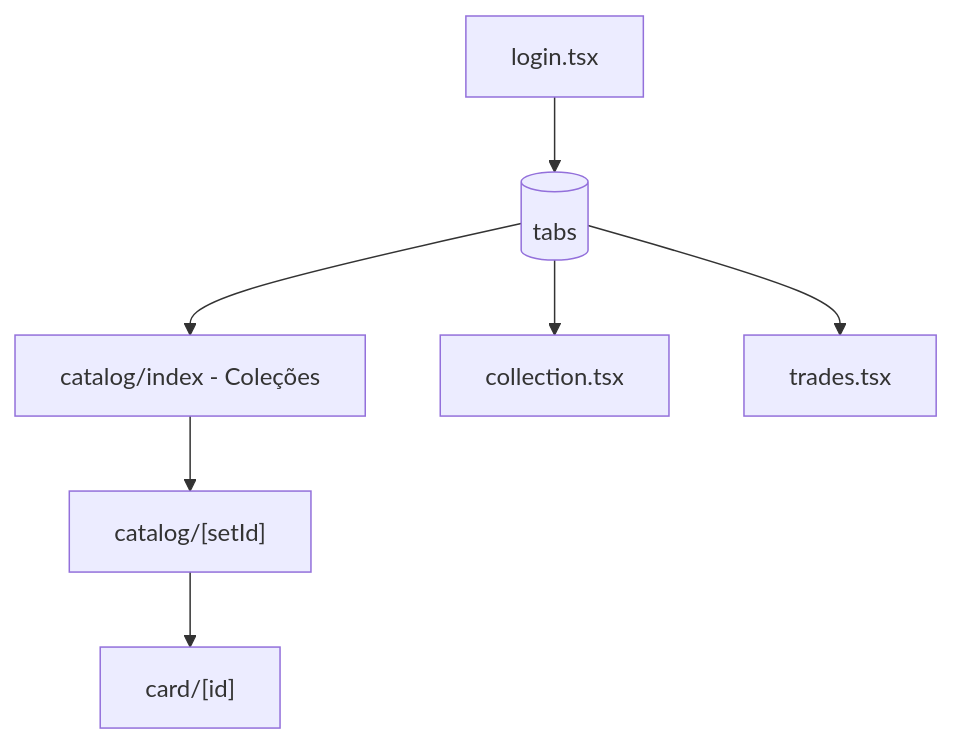
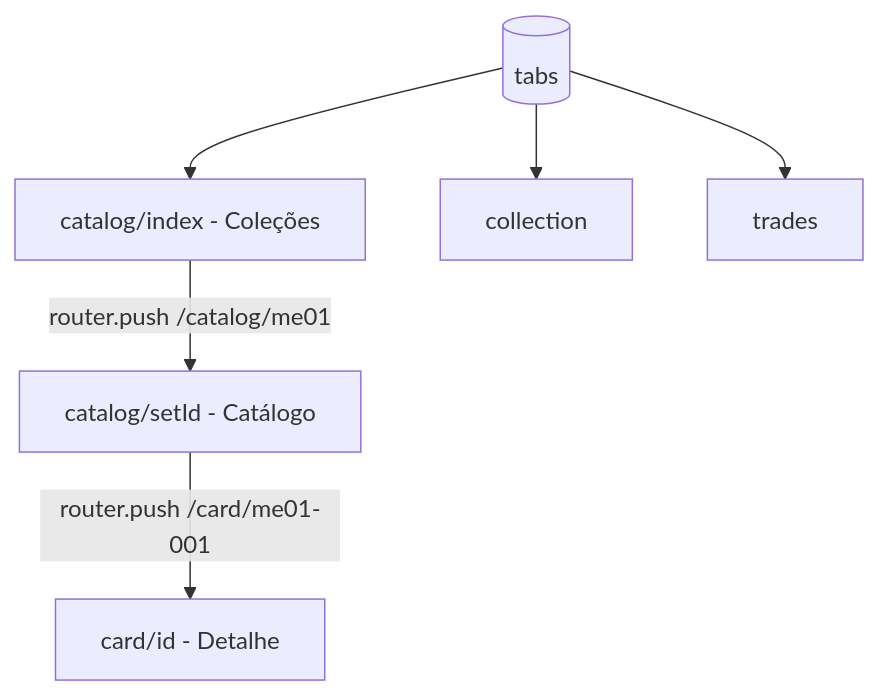
Before and after one commit to thiagonunes11/pokemon-trade-center: the diagram in AGENTS.md, drawn with Mermaid. The commit also changed other lines of this file and 8 other files, not shown here.

First line of the commit message:
feat(collection): grid 4 colunas e CardItem compact

````diff
--- a/AGENTS.md
+++ b/AGENTS.md
@@ -117,9 +106,15 @@
 ```mermaid
 flowchart TD
-  Login[login.tsx] --> Tabs[(tabs)]
-  Tabs --> Colecoes[catalog/index - Coleções]
-  Colecoes --> Grid["catalog/[setId]"]
-  Grid --> Detail["card/[id]"]
-  Tabs --> MinhaCol[collection.tsx]
-  Tabs --> Trocas[trades.tsx]
+  Tabs[(tabs)]
+  Pick[catalog/index - Coleções]
+  Grid[catalog/setId - Catálogo]
+  Detail[card/id - Detalhe]
+  Coll[collection]
+  Trades[trades]
+
+  Tabs --> Pick
+  Pick -->|router.push /catalog/me01| Grid
+  Grid -->|router.push /card/me01-001| Detail
+  Tabs --> Coll
+  Tabs --> Trades
 ```
````
